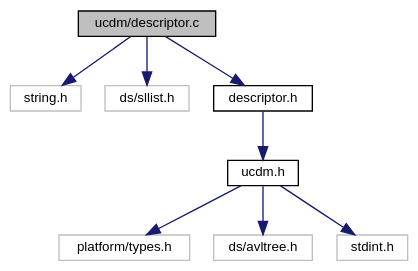
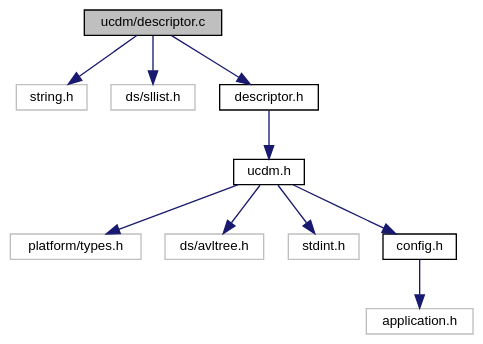
Before and after one commit to ebs-universe/piolib-ucdm: the diagram in descriptor_8c__incl.dot, drawn with Graphviz. The commit also changed 86 other files, not shown here.

```diff
--- a/descriptor_8c__incl.dot
+++ b/descriptor_8c__incl.dot
@@ -1,23 +1,27 @@
 digraph "ucdm/descriptor.c"
 {
  // INTERACTIVE_SVG=YES
  // LATEX_PDF_SIZE
   bgcolor="transparent";
   edge [fontname="Helvetica",fontsize="10",labelfontname="Helvetica",labelfontsize="10"];
   node [fontname="Helvetica",fontsize="10",shape=record];
   Node1 [label="ucdm/descriptor.c",height=0.2,width=0.4,color="black", fillcolor="grey75", style="filled", fontcolor="black",tooltip="Descriptor type definitions."];
   Node1 -> Node2 [color="midnightblue",fontsize="10",style="solid",fontname="Helvetica"];
   Node2 [label="string.h",height=0.2,width=0.4,color="grey75",tooltip=" "];
   Node1 -> Node3 [color="midnightblue",fontsize="10",style="solid",fontname="Helvetica"];
   Node3 [label="ds/sllist.h",height=0.2,width=0.4,color="grey75",tooltip=" "];
   Node1 -> Node4 [color="midnightblue",fontsize="10",style="solid",fontname="Helvetica"];
   Node4 [label="descriptor.h",height=0.2,width=0.4,color="black",URL="$descriptor_8h.html",tooltip="Descriptor type definitions."];
   Node4 -> Node5 [color="midnightblue",fontsize="10",style="solid",fontname="Helvetica"];
   Node5 [label="ucdm.h",height=0.2,width=0.4,color="black",URL="$ucdm_8h.html",tooltip="Interface and usage of the Unified Configuration and Data Manager."];
   Node5 -> Node6 [color="midnightblue",fontsize="10",style="solid",fontname="Helvetica"];
   Node6 [label="platform/types.h",height=0.2,width=0.4,color="grey75",tooltip=" "];
   Node5 -> Node7 [color="midnightblue",fontsize="10",style="solid",fontname="Helvetica"];
   Node7 [label="ds/avltree.h",height=0.2,width=0.4,color="grey75",tooltip=" "];
   Node5 -> Node8 [color="midnightblue",fontsize="10",style="solid",fontname="Helvetica"];
   Node8 [label="stdint.h",height=0.2,width=0.4,color="grey75",tooltip=" "];
+  Node5 -> Node9 [color="midnightblue",fontsize="10",style="solid",fontname="Helvetica"];
+  Node9 [label="config.h",height=0.2,width=0.4,color="black",URL="$config_8h_source.html",tooltip=" "];
+  Node9 -> Node10 [color="midnightblue",fontsize="10",style="solid",fontname="Helvetica"];
+  Node10 [label="application.h",height=0.2,width=0.4,color="grey75",tooltip=" "];
 }
```
